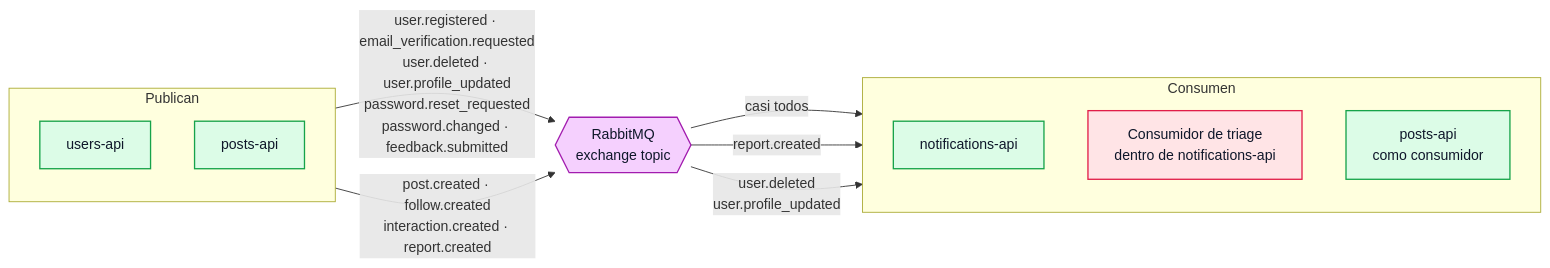
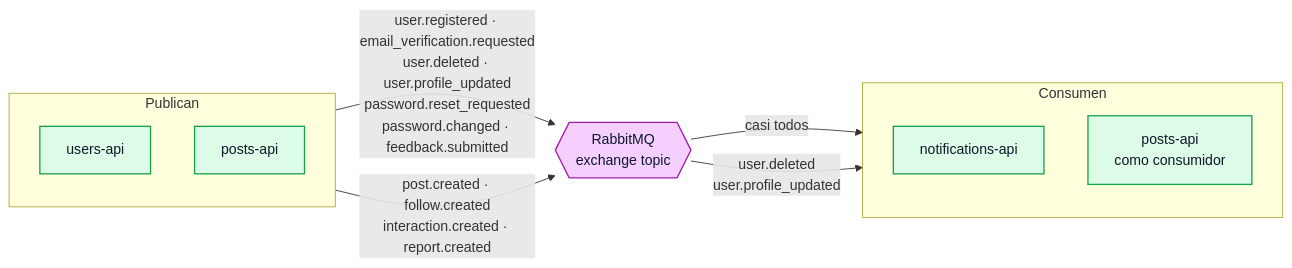
The third of 7 diagrams in docs/ARQUITECTURA.md (tds-g3-2s2026/udesa-x-platform), drawn with Mermaid before and after one commit. The commit also changed other lines of this file and 6 other files, not shown here.

````diff
--- a/docs/ARQUITECTURA.md
+++ b/docs/ARQUITECTURA.md
@@ -556,28 +570,24 @@
 ```mermaid
 flowchart LR
     subgraph pub["Publican"]
         direction TB
         U["users-api"]
         P["posts-api"]
     end
     EX{{"RabbitMQ<br/>exchange topic"}}
     subgraph con["Consumen"]
         direction TB
         N["notifications-api"]
-        T["Consumidor de triage<br/>dentro de notifications-api"]
         P2["posts-api<br/>como consumidor"]
     end
 
     U -->|"user.registered · email_verification.requested<br/>user.deleted · user.profile_updated<br/>password.reset_requested<br/>password.changed · feedback.submitted"| EX
     P -->|"post.created · follow.created<br/>interaction.created · report.created"| EX
     EX -->|"casi todos"| N
-    EX -->|"report.created"| T
     EX -->|"user.deleted<br/>user.profile_updated"| P2
 
     classDef svc fill:#dcfce7,stroke:#16a34a,stroke-width:1.5px,color:#0f172a
     classDef bus fill:#f5d0fe,stroke:#a21caf,stroke-width:1.5px,color:#0f172a
-    classDef ai fill:#ffe4e6,stroke:#e11d48,stroke-width:1.5px,color:#0f172a
     class U,P,N,P2 svc
     class EX bus
-    class T ai
 ```
````
